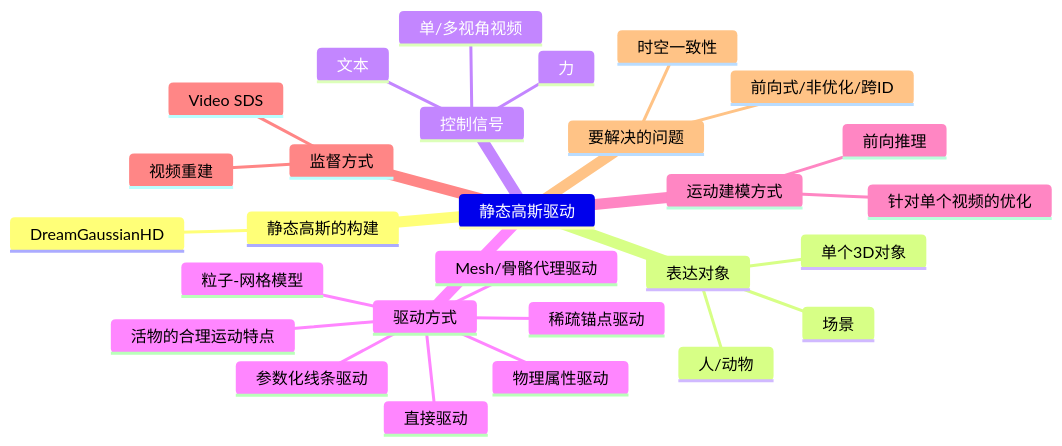
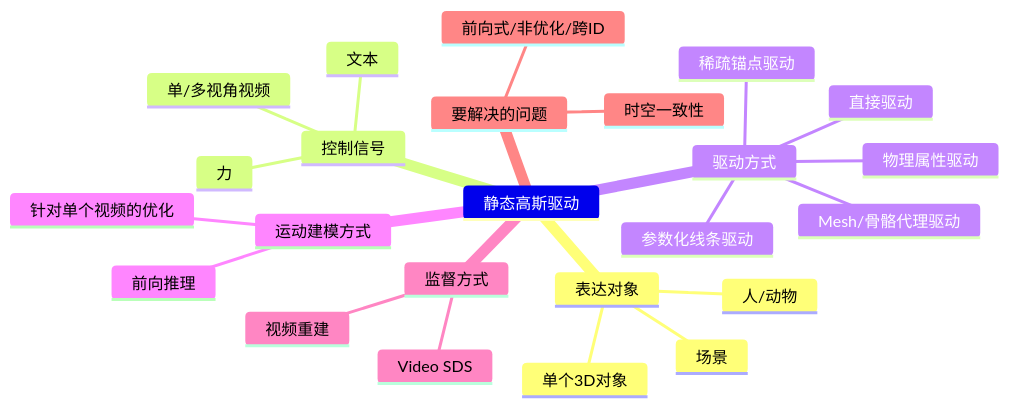
Before and after one commit to CaterpillarStudyGroup/ImportantArticles: the fifth of 5 diagrams in src/3DGSAnimation/Static.md, drawn with Mermaid. The commit also changed other lines of this file and 1 other file, not shown here.

````diff
--- a/src/3DGSAnimation/Static.md
+++ b/src/3DGSAnimation/Static.md
@@ -72,31 +72,27 @@
 ```mermaid
 mindmap
 静态高斯驱动
-    静态高斯的构建
-        DreamGaussianHD
     表达对象
         场景
         单个3D对象
         人/动物
     控制信号
         单/多视角视频
         文本
         力
     驱动方式
         直接驱动
         Mesh/骨骼代理驱动
         参数化线条驱动
-        活物的合理运动特点
         物理属性驱动
         稀疏锚点驱动
-        粒子-网格模型
     运动建模方式
         针对单个视频的优化
         前向推理
     监督方式
         Video SDS
         视频重建
     要解决的问题
         时空一致性
         前向式/非优化/跨ID
 ```
````
